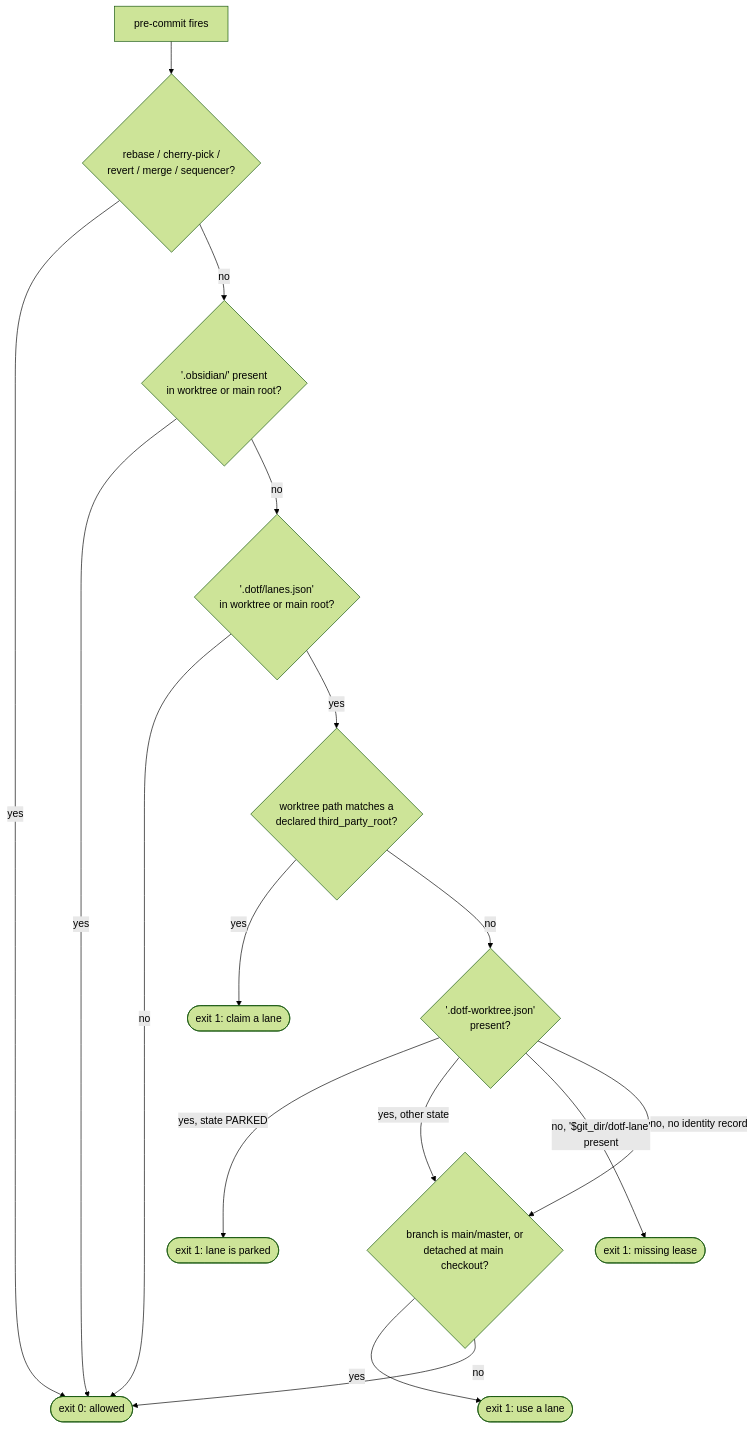
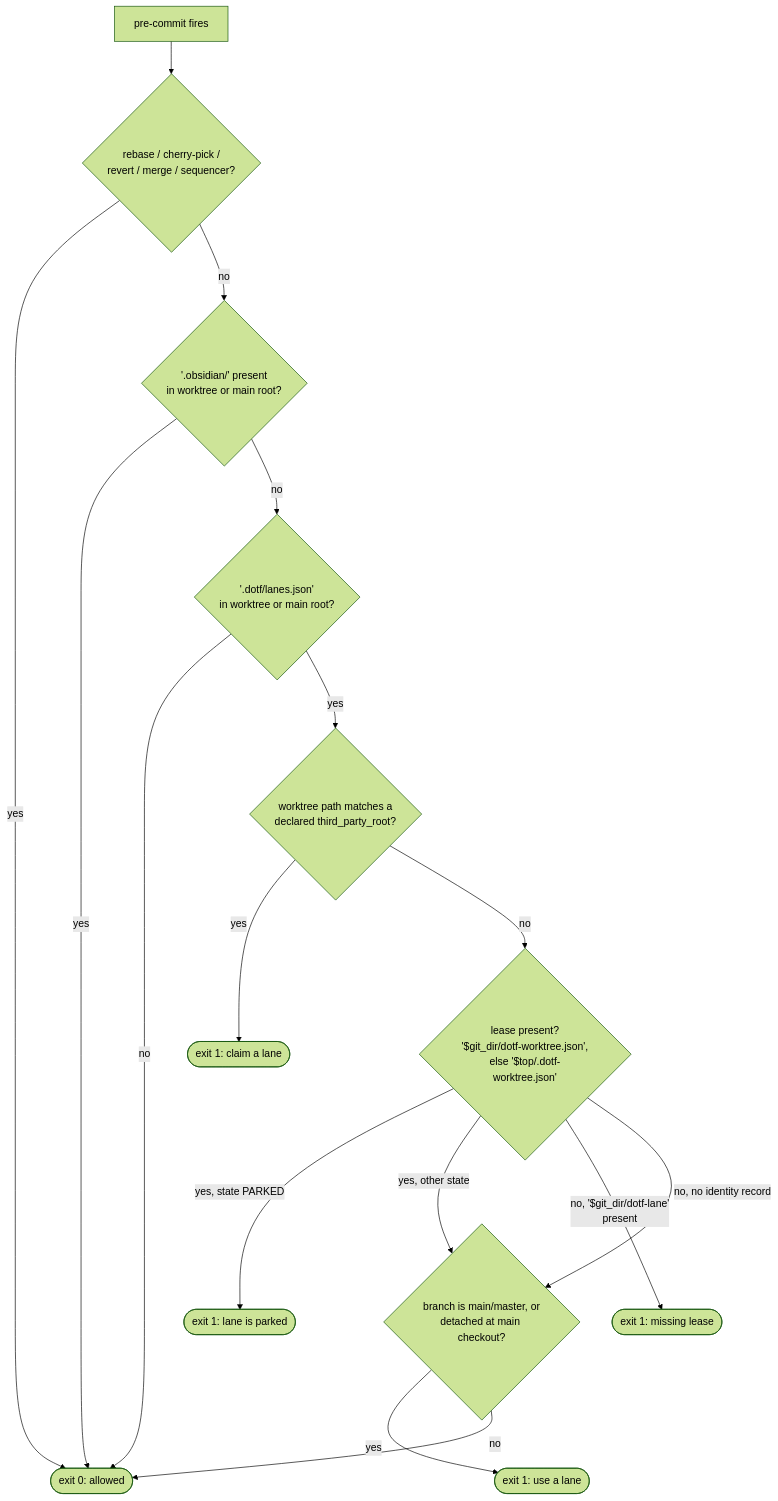
Before and after one commit to mlorentedev/dotfiles: the second of 3 diagrams in docs/runbooks/guide-persistent-named-lanes.md, drawn with Mermaid (forest theme). The commit also changed other lines of this file and 1 other file, not shown here.

First line of the commit message:
docs(lane): record the lease location, its migration and the clean lesson

````diff
--- a/docs/runbooks/guide-persistent-named-lanes.md
+++ b/docs/runbooks/guide-persistent-named-lanes.md
@@ -93,19 +98,19 @@
 ```mermaid
 flowchart TD
   A[pre-commit fires] --> B{rebase / cherry-pick /<br/>revert / merge / sequencer?}
   B -->|yes| OK([exit 0: allowed])
   B -->|no| C{'.obsidian/' present<br/>in worktree or main root?}
   C -->|yes| OK
   C -->|no| D{'.dotf/lanes.json'<br/>in worktree or main root?}
   D -->|no| OK
   D -->|yes| E{worktree path matches a<br/>declared third_party_root?}
   E -->|yes| B1([exit 1: claim a lane])
-  E -->|no| F{'.dotf-worktree.json'<br/>present?}
+  E -->|no| F{lease present?<br/>'$git_dir/dotf-worktree.json',<br/>else '$top/.dotf-worktree.json'}
   F -->|yes, state PARKED| B2([exit 1: lane is parked])
   F -->|yes, other state| H
   F -->|no, '$git_dir/dotf-lane'<br/>present| B3([exit 1: missing lease])
   F -->|no, no identity record| H
   H{branch is main/master, or<br/>detached at main checkout?}
   H -->|yes| B4([exit 1: use a lane])
   H -->|no| OK
 ```
````
